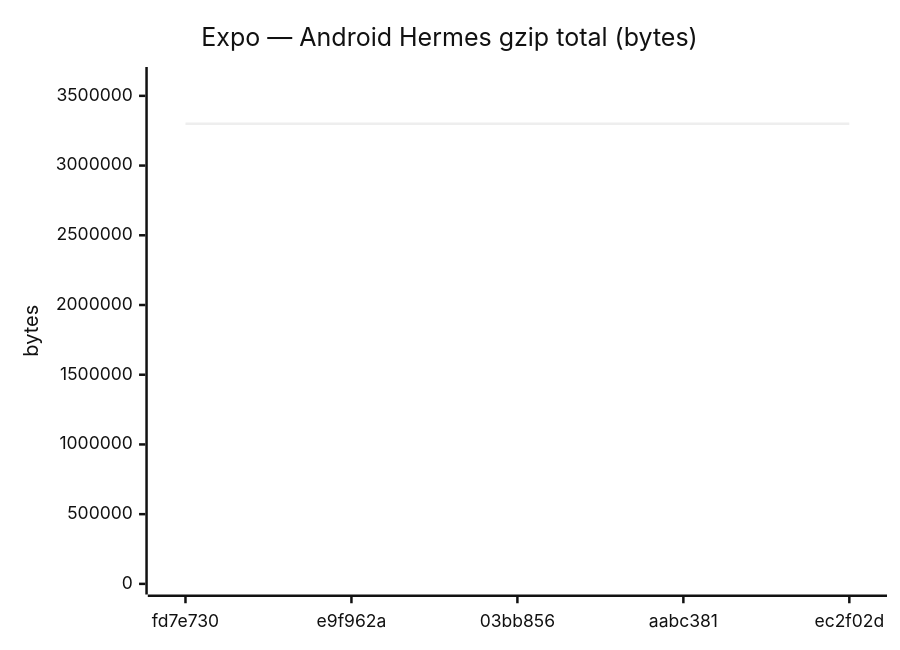
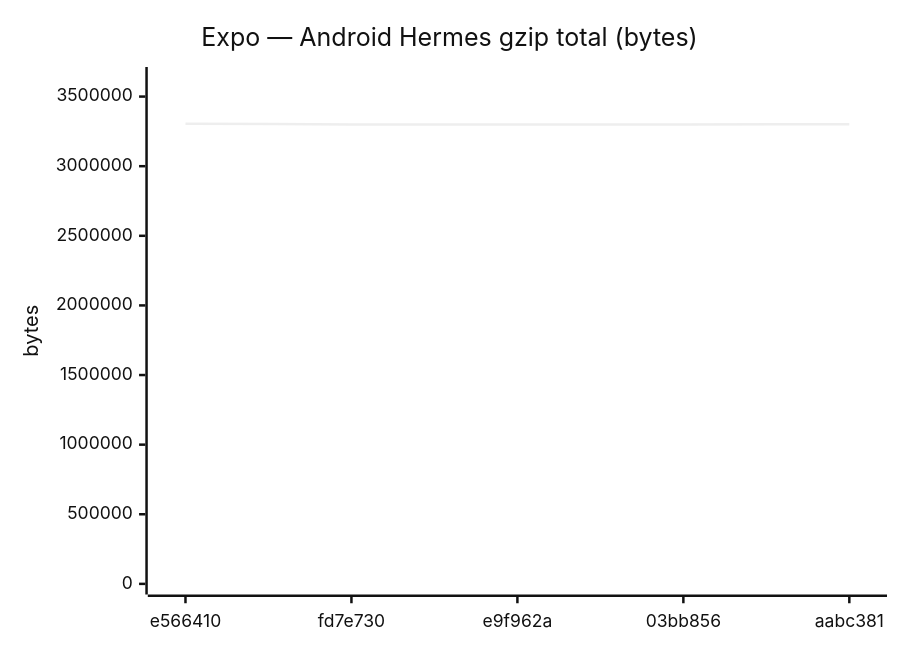
Diagram 11 of 18 in benchmarks/compare.md (Metaheurist/Rianell), drawn with Mermaid (neutral theme) before and after one commit. The commit also changed other lines of this file and 11 other files, not shown here.

````diff
--- a/benchmarks/compare.md
+++ b/benchmarks/compare.md
@@ -172,7 +172,7 @@
 ```mermaid
 xychart-beta
     title "Expo — Android Hermes gzip total (bytes)"
-    x-axis ["fd7e730", "e9f962a", "03bb856", "aabc381", "ec2f02d"]
-    y-axis "bytes" 0 --> 3630694
-    line [3300038, 3300034, 3300038, 3300630, 3300522]
+    x-axis ["e566410", "fd7e730", "e9f962a", "03bb856", "aabc381"]
+    y-axis "bytes" 0 --> 3636104
+    line [3305549, 3300038, 3300034, 3300038, 3300630]
 ```
````
